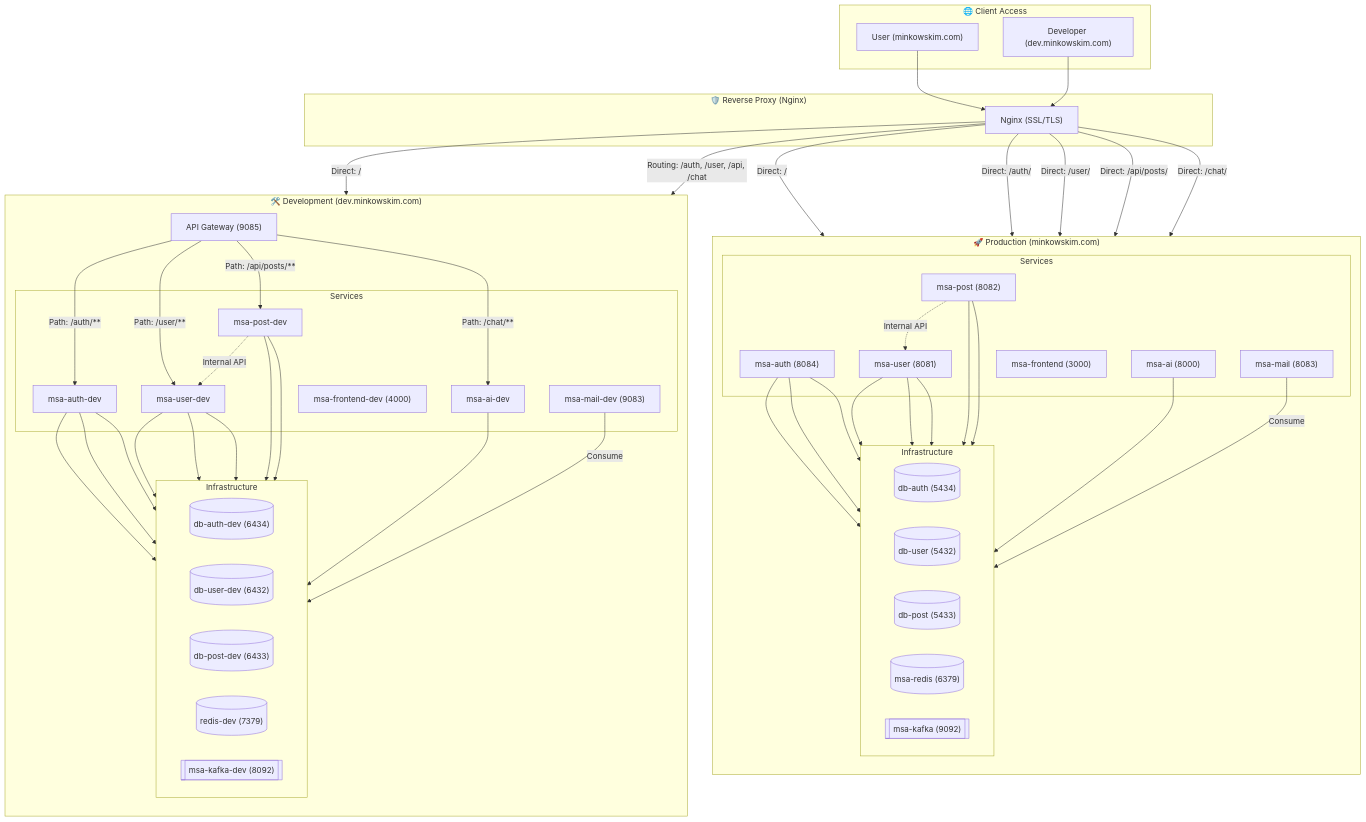
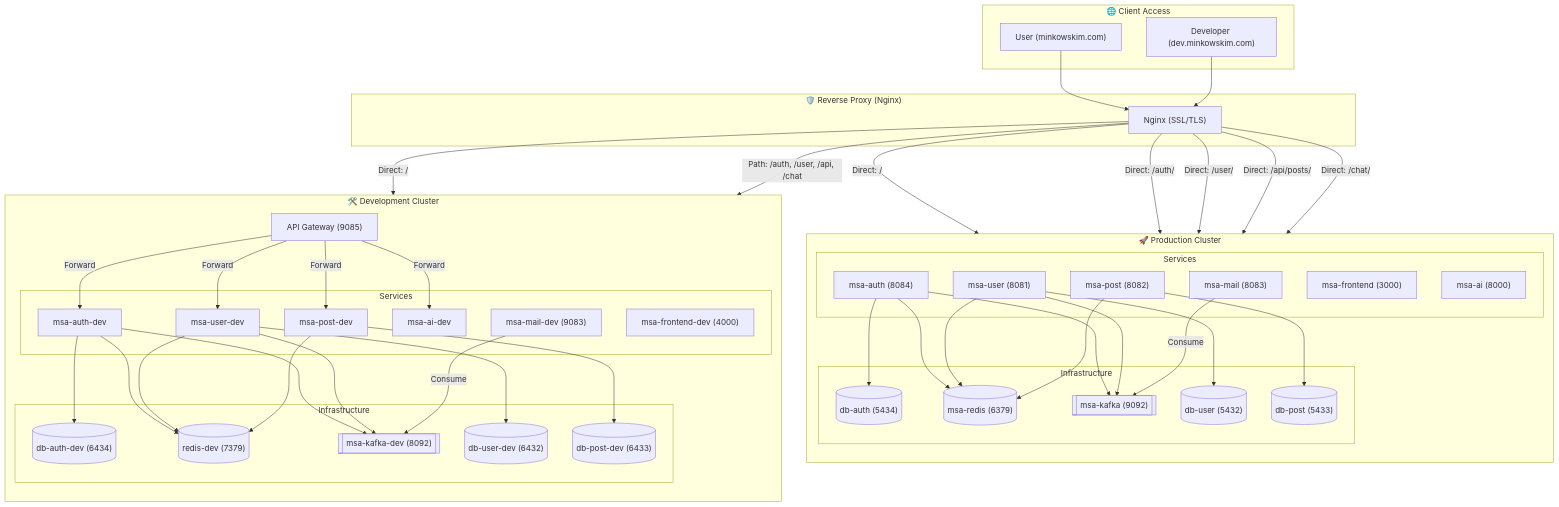
The diagram in README.md (MinKyeom/MSA_Project), drawn with Mermaid before and after one commit.

Commit message:
Fix diagram readme.md

````diff
--- a/README.md
+++ b/README.md
@@ -76,8 +76,8 @@
         Nginx["Nginx (SSL/TLS)"]
     end
 
-    %% 운영 환경 (Production Cluster)
-    subgraph Prod_Cluster ["🚀 Production (minkowskim.com)"]
+    %% 운영 환경 (Production)
+    subgraph Prod_Cluster ["🚀 Production Cluster"]
         direction TB
         subgraph Prod_Apps ["Services"]
             FE_P["msa-frontend (3000)"]
@@ -88,7 +88,6 @@
             Mail_P["msa-mail (8083)"]
         end
         subgraph Prod_Infra ["Infrastructure"]
-            direction LR
             DB_AP[("db-auth (5434)")]
             DB_UP[("db-user (5432)")]
             DB_PP[("db-post (5433)")]
@@ -97,8 +96,8 @@
         end
     end
 
-    %% 개발 환경 (Development Cluster)
-    subgraph Dev_Cluster ["🛠️ Development (dev.minkowskim.com)"]
+    %% 개발 환경 (Development)
+    subgraph Dev_Cluster ["🛠️ Development Cluster"]
         direction TB
         Gateway["API Gateway (9085)"]
         subgraph Dev_Apps ["Services"]
@@ -110,7 +109,6 @@
             Mail_D["msa-mail-dev (9083)"]
         end
         subgraph Dev_Infra ["Infrastructure"]
-            direction LR
             DB_AD[("db-auth-dev (6434)")]
             DB_UD[("db-user-dev (6432)")]
             DB_PD[("db-post-dev (6433)")]
@@ -123,35 +121,29 @@
     User --> Nginx
     DevUser --> Nginx
 
-    %% 운영 라우팅 (Direct)
+    %% 운영 라우팅
     Nginx -- "Direct: /" --> FE_P
     Nginx -- "Direct: /auth/" --> Auth_P
     Nginx -- "Direct: /user/" --> User_P
     Nginx -- "Direct: /api/posts/" --> Post_P
     Nginx -- "Direct: /chat/" --> AI_P
 
-    %% 개발 라우팅 (via Gateway)
+    %% 개발 라우팅
     Nginx -- "Direct: /" --> FE_D
-    Nginx -- "Routing: /auth, /user, /api, /chat" --> Gateway
-    Gateway -- "Path: /auth/**" --> Auth_D
-    Gateway -- "Path: /user/**" --> User_D
-    Gateway -- "Path: /api/posts/**" --> Post_D
-    Gateway -- "Path: /chat/**" --> AI_D
+    Nginx -- "Path: /auth, /user, /api, /chat" --> Gateway
+    Gateway -- "Forward" --> Auth_D
+    Gateway -- "Forward" --> User_D
+    Gateway -- "Forward" --> Post_D
+    Gateway -- "Forward" --> AI_D
 
     %% --- Internal Connections ---
-    %% Prod
     Auth_P --> DB_AP & Redis_P & Kafka_P
     User_P --> DB_UP & Redis_P & Kafka_P
     Post_P --> DB_PP & Redis_P
-    Post_P -. "Internal API" .-> User_P
-    AI_P --> Redis_P
     Mail_P -- "Consume" --> Kafka_P
 
-    %% Dev
     Auth_D --> DB_AD & Redis_D & Kafka_D
     User_D --> DB_UD & Redis_D & Kafka_D
     Post_D --> DB_PD & Redis_D
-    Post_D -. "Internal API" .-> User_D
-    AI_D --> Redis_D
     Mail_D -- "Consume" --> Kafka_D
 ```
````
